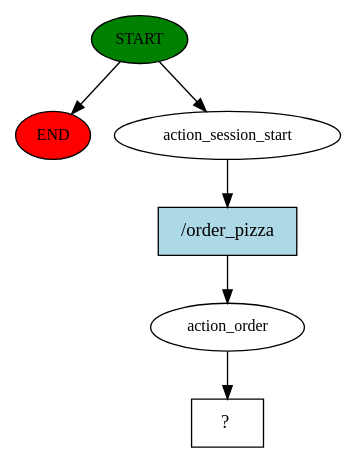
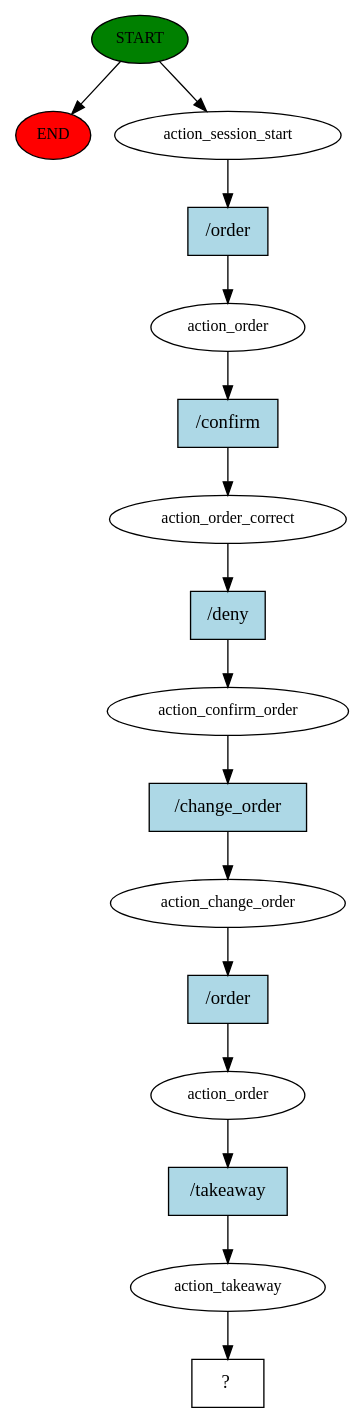
One commit to francesco-vaccari/HMD-Project changed the diagram in rasa project/story_graph.dot. Above: the diagram before and after it, drawn with Graphviz. The commit also changed 166 other files, not shown here.

Commit message:
Modified ordering logic. Now once the order is confirmed, the user cannot change the order anymore. Also added intiial logic for takeaway, delivery and table reservation

```diff
--- a/rasa project/story_graph.dot
+++ b/rasa project/story_graph.dot
@@ -1,13 +1,33 @@
 digraph  {
 0 [class="start active", fillcolor=green, fontsize=12, label=START, style=filled];
 "-1" [class=end, fillcolor=red, fontsize=12, label=END, style=filled];
 1 [class=active, fontsize=12, label=action_session_start];
 2 [class=active, fontsize=12, label=action_order];
-3 [class="intent dashed active", label="  ?  ", shape=rect];
-4 [class="intent active", fillcolor=lightblue, label="/order_pizza", shape=rect, style=filled];
+3 [class=active, fontsize=12, label=action_order_correct];
+4 [class=active, fontsize=12, label=action_confirm_order];
+5 [class=active, fontsize=12, label=action_change_order];
+6 [class=active, fontsize=12, label=action_order];
+7 [class=active, fontsize=12, label=action_takeaway];
+8 [class="intent dashed active", label="  ?  ", shape=rect];
+9 [class="intent active", fillcolor=lightblue, label="/order", shape=rect, style=filled];
+10 [class="intent active", fillcolor=lightblue, label="/confirm", shape=rect, style=filled];
+11 [class="intent active", fillcolor=lightblue, label="/deny", shape=rect, style=filled];
+12 [class="intent active", fillcolor=lightblue, label="/change_order", shape=rect, style=filled];
+13 [class="intent active", fillcolor=lightblue, label="/order", shape=rect, style=filled];
+14 [class="intent active", fillcolor=lightblue, label="/takeaway", shape=rect, style=filled];
 0 -> "-1"  [class="", key=NONE, label=""];
 0 -> 1  [class=active, key=NONE, label=""];
-1 -> 4  [class=active, key=0];
-2 -> 3  [class=active, key=NONE, label=""];
-4 -> 2  [class=active, key=0];
+1 -> 9  [class=active, key=0];
+2 -> 10  [class=active, key=0];
+3 -> 11  [class=active, key=0];
+4 -> 12  [class=active, key=0];
+5 -> 13  [class=active, key=0];
+6 -> 14  [class=active, key=0];
+7 -> 8  [class=active, key=NONE, label=""];
+9 -> 2  [class=active, key=0];
+10 -> 3  [class=active, key=0];
+11 -> 4  [class=active, key=0];
+12 -> 5  [class=active, key=0];
+13 -> 6  [class=active, key=0];
+14 -> 7  [class=active, key=0];
 }
```
